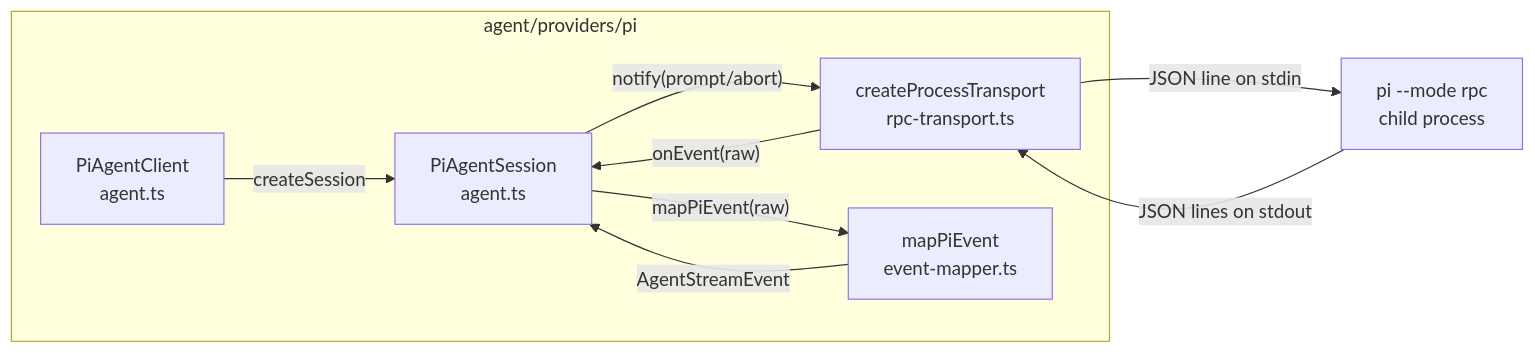
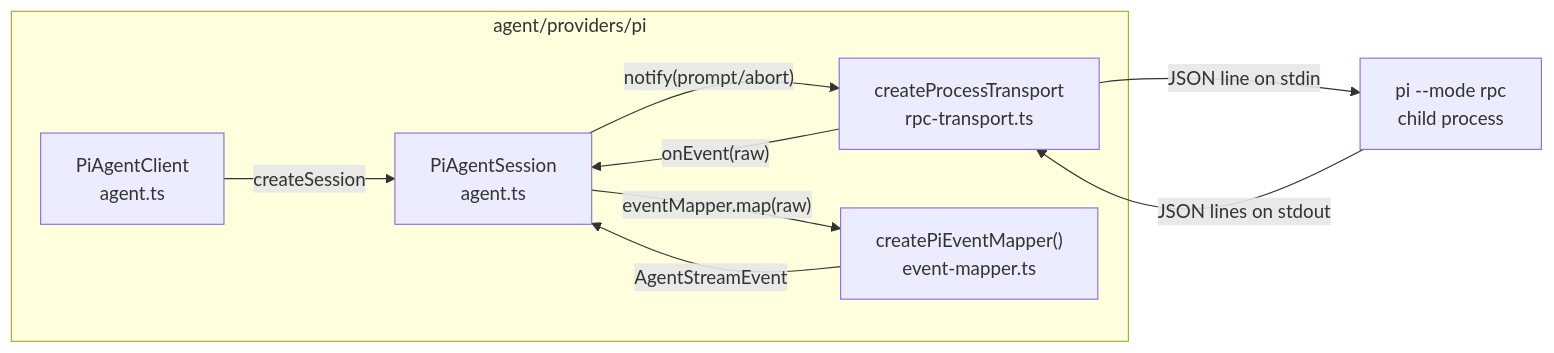
Before and after one commit to avatsaev/pi-studio: the sixth of 9 diagrams in packages/server/docs/gateway-architecture.md, drawn with Mermaid. The commit also changed other lines of this file and 14 other files, not shown here.

````diff
--- a/packages/server/docs/gateway-architecture.md
+++ b/packages/server/docs/gateway-architecture.md
@@ -306,18 +312,18 @@
 ```mermaid
 flowchart LR
   subgraph Adapter["agent/providers/pi"]
     Client["PiAgentClient<br/>agent.ts"]
     Session["PiAgentSession<br/>agent.ts"]
     Transport["createProcessTransport<br/>rpc-transport.ts"]
-    Mapper["mapPiEvent<br/>event-mapper.ts"]
+    Mapper["createPiEventMapper()<br/>event-mapper.ts"]
   end
   Proc["pi --mode rpc<br/>child process"]
 
   Client -- "createSession" --> Session
   Session -- "notify(prompt/abort)" --> Transport
   Transport -- "JSON line on stdin" --> Proc
   Proc -- "JSON lines on stdout" --> Transport
   Transport -- "onEvent(raw)" --> Session
-  Session -- "mapPiEvent(raw)" --> Mapper
+  Session -- "eventMapper.map(raw)" --> Mapper
   Mapper -- "AgentStreamEvent" --> Session
 ```
````
